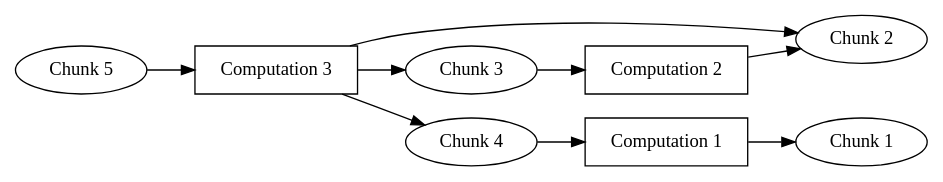
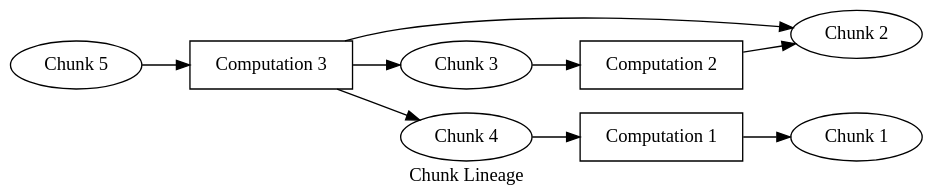
One commit to jcai849/defence changed the diagram in assets/gc.dot. Above: the diagram before and after it, drawn with Graphviz. The commit also changed 2 other files, not shown here.

Commit message:
feat: make graph backgrounds transparent

```diff
--- a/assets/gc.dot
+++ b/assets/gc.dot
@@ -1,16 +1,18 @@
 digraph garbage_collection {
+    label="Chunk Lineage"
+    graph [bgcolor=transparent]
 	rankdir="LR";
 	c1[label="Chunk 1"];
 	c2[label="Chunk 2"];
 	c3[label="Chunk 3"];
 	c4[label="Chunk 4"];
 	c5[label="Chunk 5"];
 	
 	comp1[label="Computation 1",shape=box];
 	comp2[label="Computation 2",shape=box];
 	comp3[label="Computation 3",shape=box];
 	
 	c5 -> comp3 -> {c4 c3 c2};
 	c4 -> comp1 -> c1;
 	c3 -> comp2 -> {c2 c2};
 }
```
